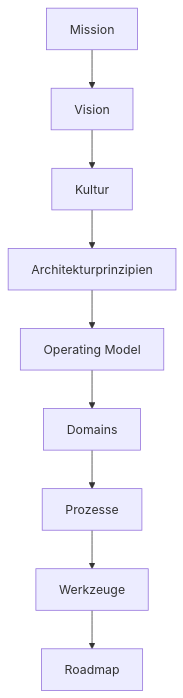
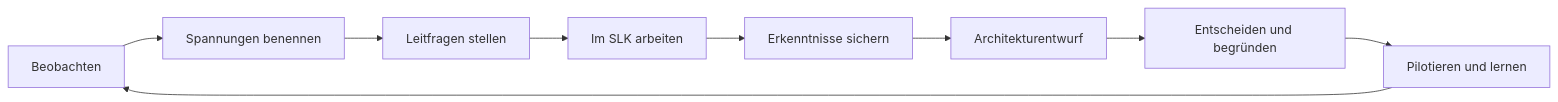
Before and after one commit to philtim/RR-Leadership-Architecture: the first of 2 diagrams in README.md, drawn with Mermaid. The commit also changed other lines of this file and 39 other files, not shown here.

Commit message:
revised architecture of leadership

````diff
--- a/README.md
+++ b/README.md
@@ -39,11 +22,11 @@
 ```mermaid
-flowchart TD
-    A[Mission] --> B[Vision]
-    B --> C[Kultur]
-    C --> D[Architekturprinzipien]
-    D --> E[Operating Model]
-    E --> F[Domains]
-    F --> G[Prozesse]
-    G --> H[Werkzeuge]
-    H --> I[Roadmap]
+flowchart LR
+    A[Beobachten] --> B[Spannungen benennen]
+    B --> C[Leitfragen stellen]
+    C --> D[Im SLK arbeiten]
+    D --> E[Erkenntnisse sichern]
+    E --> F[Architekturentwurf]
+    F --> G[Entscheiden und begründen]
+    G --> H[Pilotieren und lernen]
+    H --> A
 ```
````
